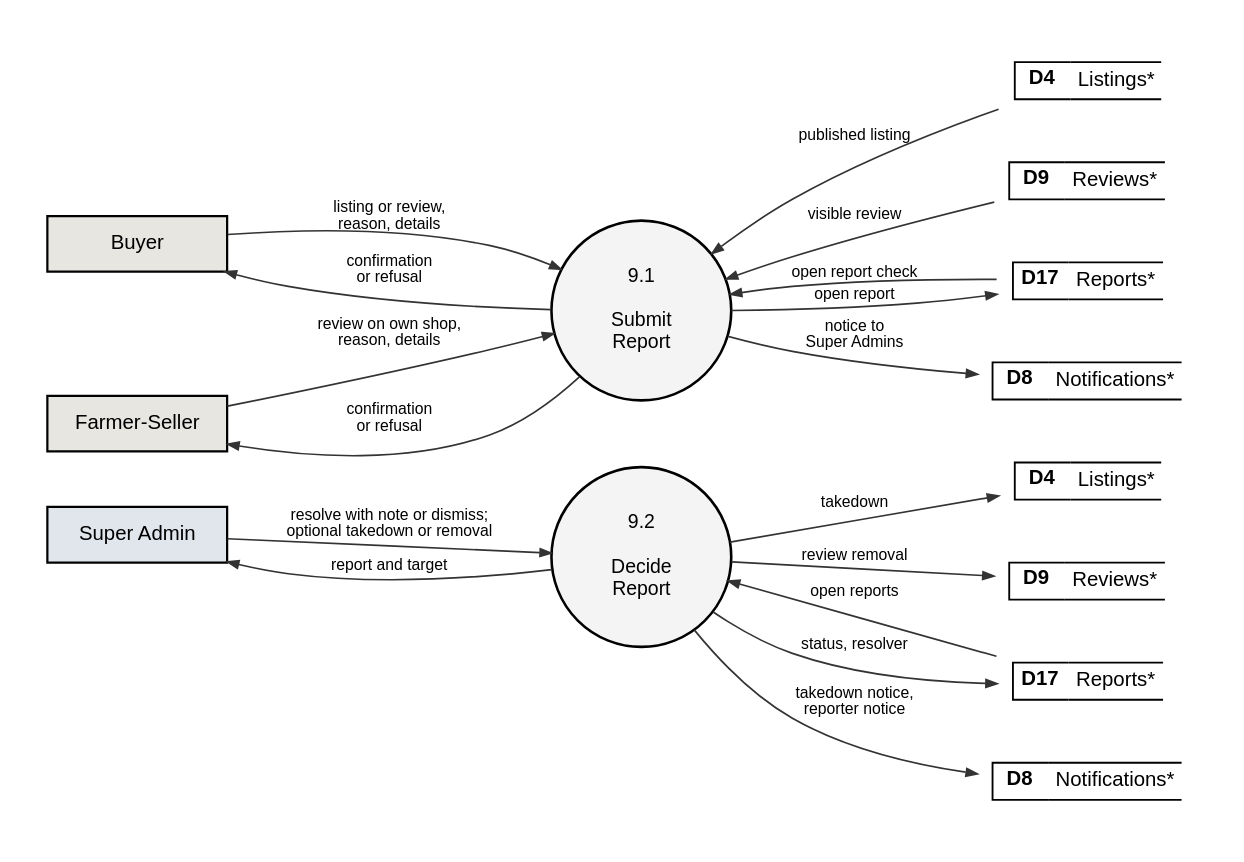
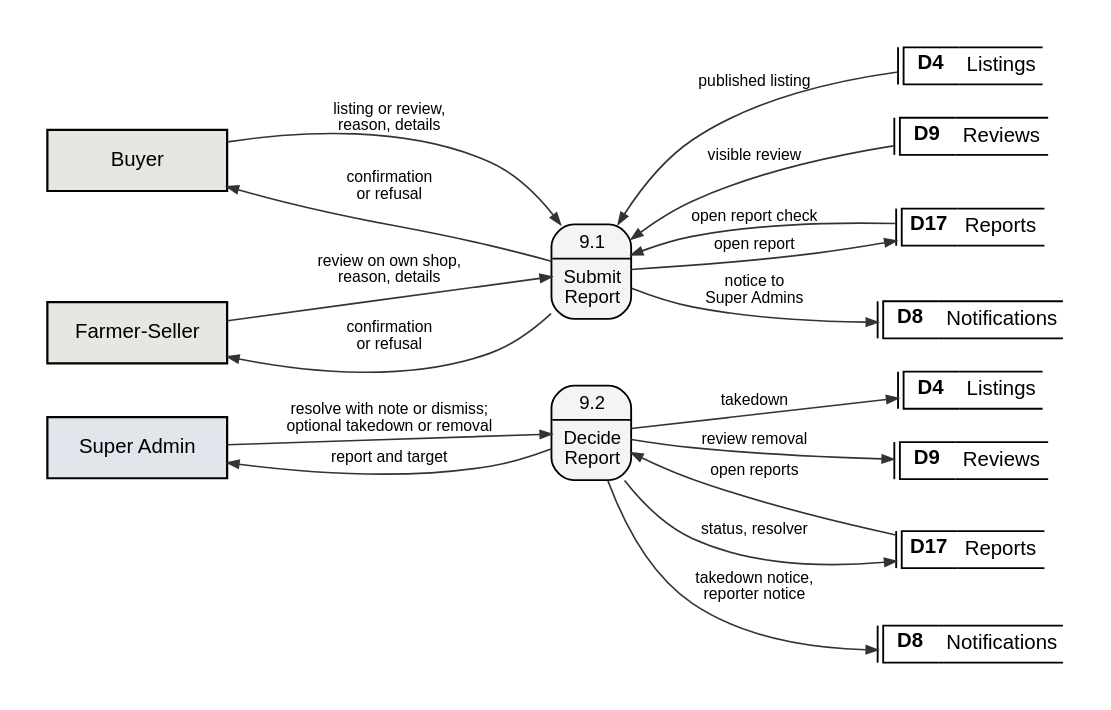
The diagram in docs/manuscript/figures/src/fig6_2_9_dfd_level2.dot (shawncastaneda11-commits/anihow-backend), drawn with Graphviz before and after one commit. The commit also changed 39 other files, not shown here.

```diff
--- a/docs/manuscript/figures/src/fig6_2_9_dfd_level2.dot
+++ b/docs/manuscript/figures/src/fig6_2_9_dfd_level2.dot
@@ -1,39 +1,39 @@
 // Data flow diagram, level 2, process 9.0 Handle Content Reports.
 digraph G {
   graph [rankdir=LR, nodesep=0.25, ranksep=0.9, pad=0.25, fontname="Liberation Sans", newrank=true];
   node  [fontname="Liberation Sans", fontsize=11];
   edge  [penwidth=0.9, arrowsize=0.6, color="#333333", fontname="Liberation Sans", fontsize=8.5];
-  q9a [shape=circle, style=filled, fillcolor="#F4F4F4", penwidth=1.4, fixedsize=true, width=1.35, fontsize=10.5, label="9.1\n\nSubmit\nReport"];
-  by_q9a [shape=box, style=filled, fillcolor="#E8E6E0", penwidth=1.2, width=1.35, height=0.42, label="Buyer"];
-  fs_q9a [shape=box, style=filled, fillcolor="#E8E6E0", penwidth=1.2, width=1.35, height=0.42, label="Farmer-Seller"];
-  D4_q9a [shape=plaintext, label=<<TABLE BORDER="0" CELLBORDER="1" CELLSPACING="0" CELLPADDING="3"><TR><TD SIDES="TBL" WIDTH="30"><B>D4</B></TD><TD SIDES="TB" ALIGN="LEFT">Listings*</TD></TR></TABLE>>];
-  D9_q9a [shape=plaintext, label=<<TABLE BORDER="0" CELLBORDER="1" CELLSPACING="0" CELLPADDING="3"><TR><TD SIDES="TBL" WIDTH="30"><B>D9</B></TD><TD SIDES="TB" ALIGN="LEFT">Reviews*</TD></TR></TABLE>>];
-  D17_q9a [shape=plaintext, label=<<TABLE BORDER="0" CELLBORDER="1" CELLSPACING="0" CELLPADDING="3"><TR><TD SIDES="TBL" WIDTH="30"><B>D17</B></TD><TD SIDES="TB" ALIGN="LEFT">Reports*</TD></TR></TABLE>>];
-  D8_q9a [shape=plaintext, label=<<TABLE BORDER="0" CELLBORDER="1" CELLSPACING="0" CELLPADDING="3"><TR><TD SIDES="TBL" WIDTH="30"><B>D8</B></TD><TD SIDES="TB" ALIGN="LEFT">Notifications*</TD></TR></TABLE>>];
-  q9b [shape=circle, style=filled, fillcolor="#F4F4F4", penwidth=1.4, fixedsize=true, width=1.35, fontsize=10.5, label="9.2\n\nDecide\nReport"];
-  D4_q9b [shape=plaintext, label=<<TABLE BORDER="0" CELLBORDER="1" CELLSPACING="0" CELLPADDING="3"><TR><TD SIDES="TBL" WIDTH="30"><B>D4</B></TD><TD SIDES="TB" ALIGN="LEFT">Listings*</TD></TR></TABLE>>];
-  D9_q9b [shape=plaintext, label=<<TABLE BORDER="0" CELLBORDER="1" CELLSPACING="0" CELLPADDING="3"><TR><TD SIDES="TBL" WIDTH="30"><B>D9</B></TD><TD SIDES="TB" ALIGN="LEFT">Reviews*</TD></TR></TABLE>>];
-  D17_q9b [shape=plaintext, label=<<TABLE BORDER="0" CELLBORDER="1" CELLSPACING="0" CELLPADDING="3"><TR><TD SIDES="TBL" WIDTH="30"><B>D17</B></TD><TD SIDES="TB" ALIGN="LEFT">Reports*</TD></TR></TABLE>>];
-  D8_q9b [shape=plaintext, label=<<TABLE BORDER="0" CELLBORDER="1" CELLSPACING="0" CELLPADDING="3"><TR><TD SIDES="TBL" WIDTH="30"><B>D8</B></TD><TD SIDES="TB" ALIGN="LEFT">Notifications*</TD></TR></TABLE>>];
-  sa_q9b [shape=box, style=filled, fillcolor="#E1E6ED", penwidth=1.2, width=1.35, height=0.42, label="Super Admin"];
+  q9a [shape=plaintext, margin=0, width=0, height=0, label=<<TABLE STYLE="ROUNDED" BORDER="1" CELLBORDER="0" CELLSPACING="0" CELLPADDING="3" BGCOLOR="#F4F4F4"><TR><TD><FONT POINT-SIZE="10.5">9.1</FONT></TD></TR><HR/><TR><TD CELLPADDING="5"><FONT POINT-SIZE="10.5">Submit<BR/>Report</FONT></TD></TR></TABLE>>];
+  by_q9a [shape=box, style=filled, fillcolor="#E8E6E0", penwidth=1.2, width=1.35, height=0.46, label="Buyer"];
+  fs_q9a [shape=box, style=filled, fillcolor="#E8E6E0", penwidth=1.2, width=1.35, height=0.46, label="Farmer-Seller"];
+  D4_q9a [shape=plaintext, margin=0, width=0, height=0, label=<<TABLE BORDER="0" CELLBORDER="1" CELLSPACING="0" CELLPADDING="3"><TR><TD SIDES="L" WIDTH="3" CELLPADDING="0"></TD><TD SIDES="TBL" WIDTH="30"><B>D4</B></TD><TD SIDES="TB" ALIGN="LEFT">Listings</TD></TR></TABLE>>];
+  D9_q9a [shape=plaintext, margin=0, width=0, height=0, label=<<TABLE BORDER="0" CELLBORDER="1" CELLSPACING="0" CELLPADDING="3"><TR><TD SIDES="L" WIDTH="3" CELLPADDING="0"></TD><TD SIDES="TBL" WIDTH="30"><B>D9</B></TD><TD SIDES="TB" ALIGN="LEFT">Reviews</TD></TR></TABLE>>];
+  D17_q9a [shape=plaintext, margin=0, width=0, height=0, label=<<TABLE BORDER="0" CELLBORDER="1" CELLSPACING="0" CELLPADDING="3"><TR><TD SIDES="L" WIDTH="3" CELLPADDING="0"></TD><TD SIDES="TBL" WIDTH="30"><B>D17</B></TD><TD SIDES="TB" ALIGN="LEFT">Reports</TD></TR></TABLE>>];
+  D8_q9a [shape=plaintext, margin=0, width=0, height=0, label=<<TABLE BORDER="0" CELLBORDER="1" CELLSPACING="0" CELLPADDING="3"><TR><TD SIDES="L" WIDTH="3" CELLPADDING="0"></TD><TD SIDES="TBL" WIDTH="30"><B>D8</B></TD><TD SIDES="TB" ALIGN="LEFT">Notifications</TD></TR></TABLE>>];
+  q9b [shape=plaintext, margin=0, width=0, height=0, label=<<TABLE STYLE="ROUNDED" BORDER="1" CELLBORDER="0" CELLSPACING="0" CELLPADDING="3" BGCOLOR="#F4F4F4"><TR><TD><FONT POINT-SIZE="10.5">9.2</FONT></TD></TR><HR/><TR><TD CELLPADDING="5"><FONT POINT-SIZE="10.5">Decide<BR/>Report</FONT></TD></TR></TABLE>>];
+  D4_q9b [shape=plaintext, margin=0, width=0, height=0, label=<<TABLE BORDER="0" CELLBORDER="1" CELLSPACING="0" CELLPADDING="3"><TR><TD SIDES="L" WIDTH="3" CELLPADDING="0"></TD><TD SIDES="TBL" WIDTH="30"><B>D4</B></TD><TD SIDES="TB" ALIGN="LEFT">Listings</TD></TR></TABLE>>];
+  D9_q9b [shape=plaintext, margin=0, width=0, height=0, label=<<TABLE BORDER="0" CELLBORDER="1" CELLSPACING="0" CELLPADDING="3"><TR><TD SIDES="L" WIDTH="3" CELLPADDING="0"></TD><TD SIDES="TBL" WIDTH="30"><B>D9</B></TD><TD SIDES="TB" ALIGN="LEFT">Reviews</TD></TR></TABLE>>];
+  D17_q9b [shape=plaintext, margin=0, width=0, height=0, label=<<TABLE BORDER="0" CELLBORDER="1" CELLSPACING="0" CELLPADDING="3"><TR><TD SIDES="L" WIDTH="3" CELLPADDING="0"></TD><TD SIDES="TBL" WIDTH="30"><B>D17</B></TD><TD SIDES="TB" ALIGN="LEFT">Reports</TD></TR></TABLE>>];
+  D8_q9b [shape=plaintext, margin=0, width=0, height=0, label=<<TABLE BORDER="0" CELLBORDER="1" CELLSPACING="0" CELLPADDING="3"><TR><TD SIDES="L" WIDTH="3" CELLPADDING="0"></TD><TD SIDES="TBL" WIDTH="30"><B>D8</B></TD><TD SIDES="TB" ALIGN="LEFT">Notifications</TD></TR></TABLE>>];
+  sa_q9b [shape=box, style=filled, fillcolor="#E1E6ED", penwidth=1.2, width=1.35, height=0.46, label="Super Admin"];
   by_q9a -> q9a [label="listing or review,\nreason, details"];
   fs_q9a -> q9a [label="review on own shop,\nreason, details"];
   q9a -> D4_q9a [label="published listing", dir=back];
   q9a -> D9_q9a [label="visible review", dir=back];
   q9a -> D17_q9a [label="open report check", dir=back];
   q9a -> D17_q9a [label="open report"];
   q9a -> D8_q9a [label="notice to\nSuper Admins"];
   by_q9a -> q9a [label="confirmation\nor refusal", dir=back];
   fs_q9a -> q9a [label="confirmation\nor refusal", dir=back];
   q9b -> D17_q9b [label="open reports", dir=back];
   sa_q9b -> q9b [label="resolve with note or dismiss;\noptional takedown or removal"];
   sa_q9b -> q9b [label="report and target", dir=back];
   q9b -> D17_q9b [label="status, resolver"];
   q9b -> D4_q9b [label="takedown"];
   q9b -> D9_q9b [label="review removal"];
   q9b -> D8_q9b [label="takedown notice,\nreporter notice"];
   {rank=same; by_q9a; fs_q9a; sa_q9b}
   {rank=same; D4_q9a; D9_q9a; D17_q9a; D8_q9a; D17_q9b; D4_q9b; D9_q9b; D8_q9b}
   {rank=same; q9a; q9b}
   q9a -> q9b [style=invis, weight=10];
 }
```
